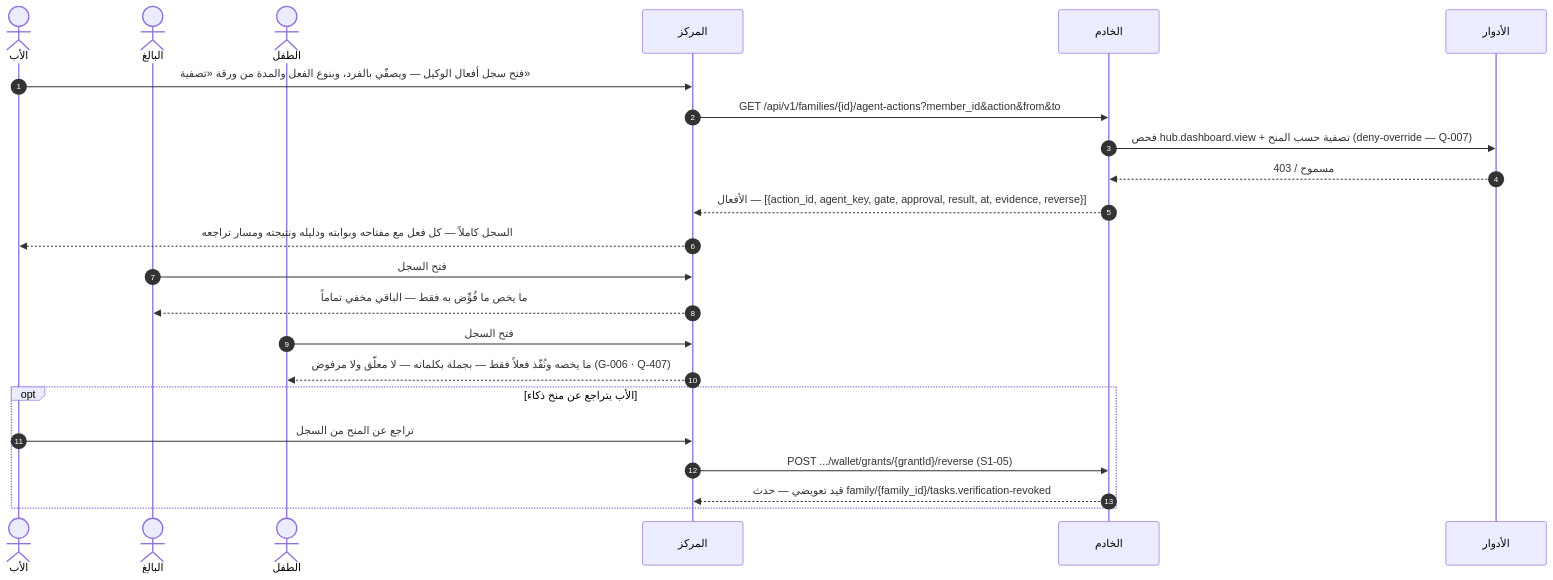
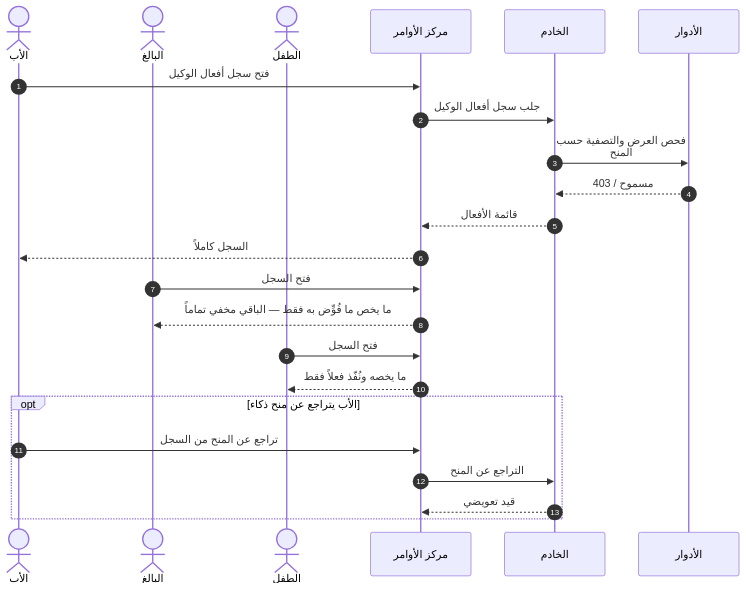
Diagram 12 of 33 in docs/family-os/governance/phases/phase-1/S1-09-command-center-and-settings/DIAGRAMS.md (Bassam-mohammed-alqaeadi/family-os-v2), drawn with Mermaid before and after one commit. The commit also changed other lines of this file, not shown here.

````diff
--- a/docs/family-os/governance/phases/phase-1/S1-09-command-center-and-settings/DIAGRAMS.md
+++ b/docs/family-os/governance/phases/phase-1/S1-09-command-center-and-settings/DIAGRAMS.md
@@ -390,25 +502,26 @@
 ```mermaid
+%%{init: {"sequence": {"wrap": true}}}%%
 sequenceDiagram
     autonumber
     actor Father as الأب
     actor Adult as البالغ
     actor Child as الطفل
-    participant Hub as المركز
+    participant S109 as مركز الأوامر
     participant Ktor as الخادم
     participant S103 as الأدوار
-    Father->>Hub: فتح سجل أفعال الوكيل — ويصفّي بالفرد، وبنوع الفعل والمدة من ورقة «تصفية»
-    Hub->>Ktor: GET /api/v1/families/{id}/agent-actions?member_id&action&from&to
-    Ktor->>S103: فحص hub.dashboard.view + تصفية حسب المنح (deny-override — Q-007)
+    Father->>S109: فتح سجل أفعال الوكيل
+    S109->>Ktor: جلب سجل أفعال الوكيل
+    Ktor->>S103: فحص العرض والتصفية حسب المنح
     S103-->>Ktor: مسموح / 403
-    Ktor-->>Hub: الأفعال — [{action_id, agent_key, gate, approval, result, at, evidence, reverse}]
-    Hub-->>Father: السجل كاملاً — كل فعل مع مفتاحه وبوابته ودليله ونتيجته ومسار تراجعه
-    Adult->>Hub: فتح السجل
-    Hub-->>Adult: ما يخص ما فُوِّض به فقط — الباقي مخفي تماماً
-    Child->>Hub: فتح السجل
-    Hub-->>Child: ما يخصه ونُفّذ فعلاً فقط — بجملة بكلماته — لا معلّق ولا مرفوض (G-006 · Q-407)
+    Ktor-->>S109: قائمة الأفعال
+    S109-->>Father: السجل كاملاً
+    Adult->>S109: فتح السجل
+    S109-->>Adult: ما يخص ما فُوِّض به فقط — الباقي مخفي تماماً
+    Child->>S109: فتح السجل
+    S109-->>Child: ما يخصه ونُفّذ فعلاً فقط
     opt الأب يتراجع عن منح ذكاء
-        Father->>Hub: تراجع عن المنح من السجل
-        Hub->>Ktor: POST .../wallet/grants/{grantId}/reverse (S1-05)
-        Ktor-->>Hub: قيد تعويضي — حدث family/{family_id}/tasks.verification-revoked
+        Father->>S109: تراجع عن المنح من السجل
+        S109->>Ktor: التراجع عن المنح
+        Ktor-->>S109: قيد تعويضي
     end
 ```
````
